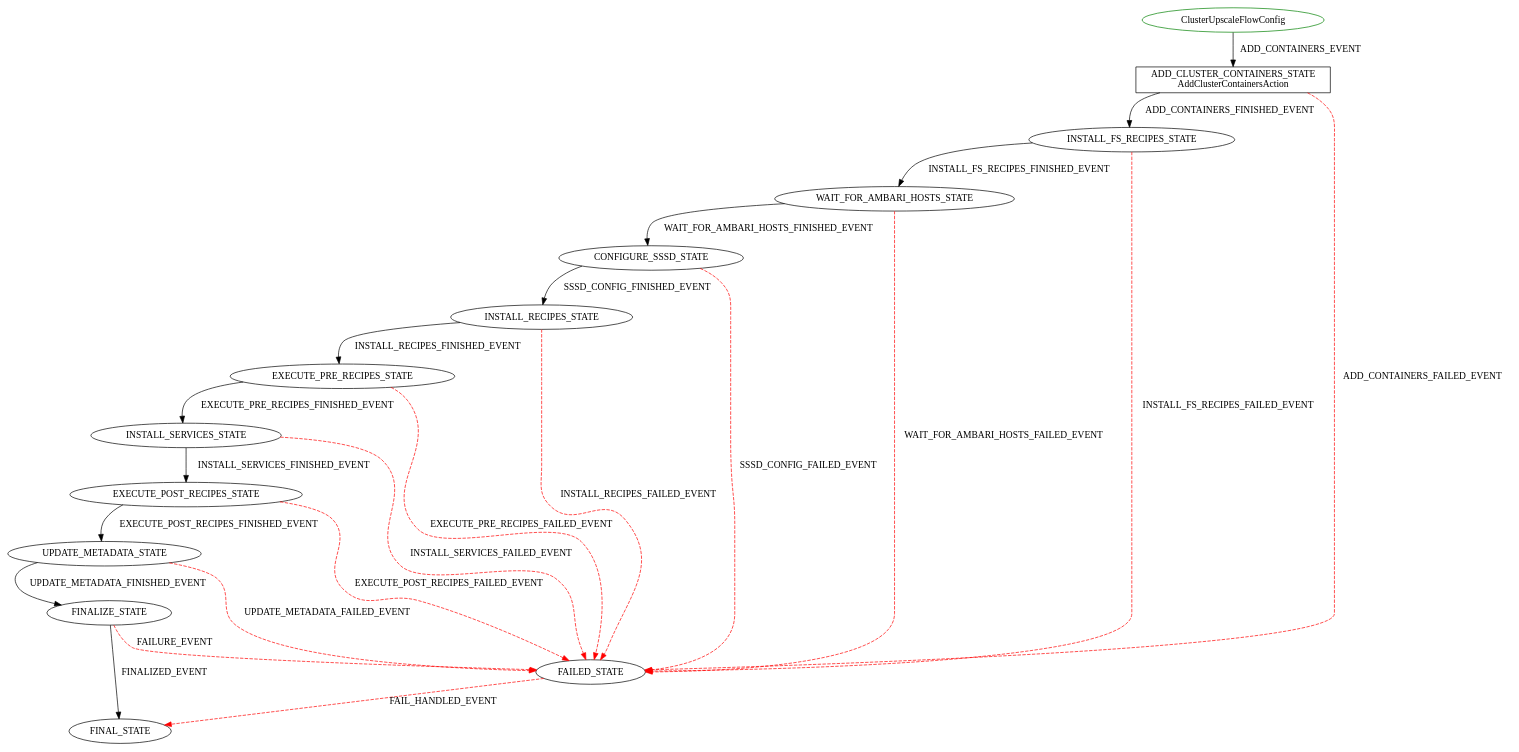
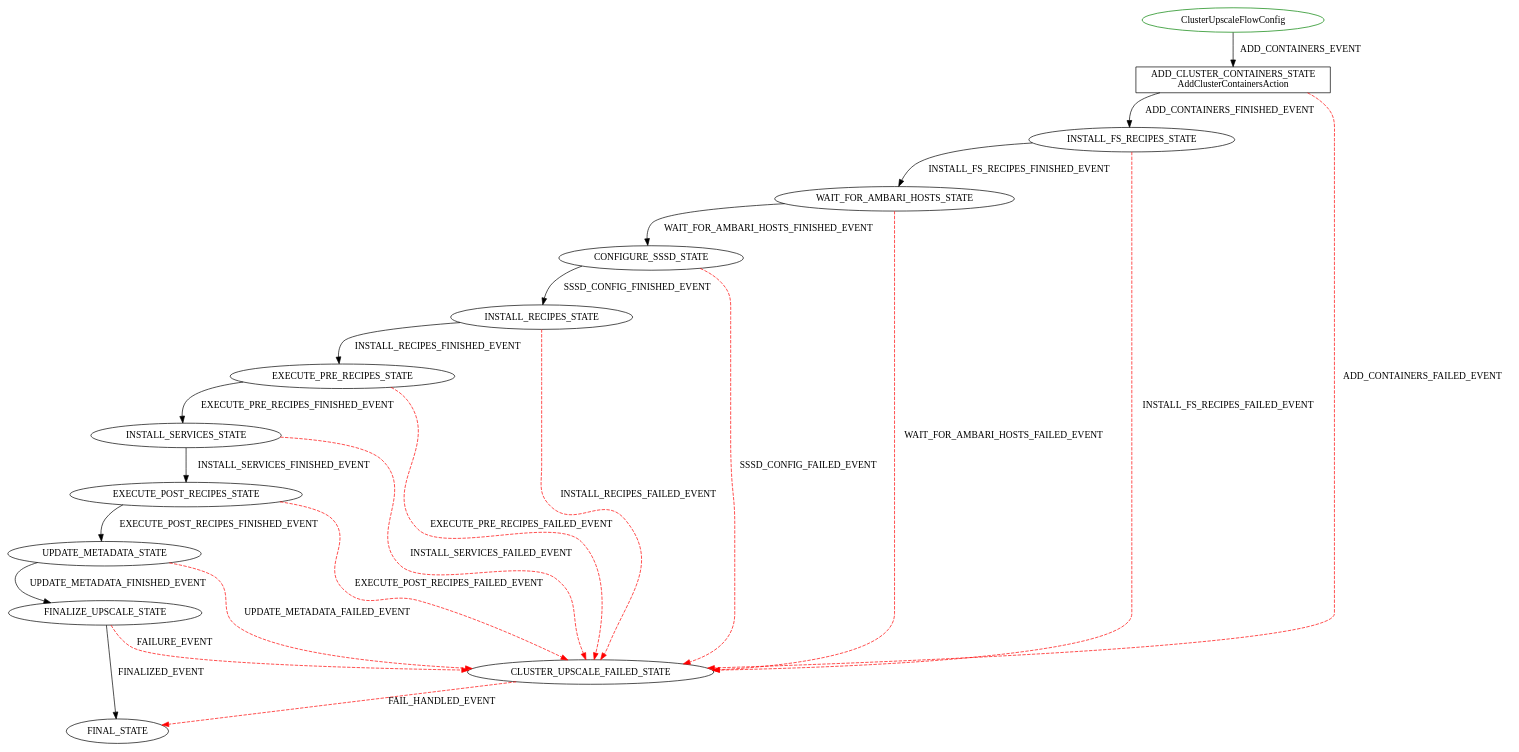
Before and after one commit to wprender/cloudbreak-docs: the diagram in docs/diagrams/ClusterUpscaleFlowConfig.dot, drawn with Graphviz. The commit also changed 5 other files, not shown here.

Commit message:
CLOUD-57111 Cluster start/stop flow with the new flow engine, documentation

```diff
--- a/docs/diagrams/ClusterUpscaleFlowConfig.dot
+++ b/docs/diagrams/ClusterUpscaleFlowConfig.dot
@@ -1,26 +1,26 @@
 digraph {
 INIT_STATE [label="ClusterUpscaleFlowConfig" shape=ellipse color=green];
 ADD_CLUSTER_CONTAINERS_STATE [label="ADD_CLUSTER_CONTAINERS_STATE\nAddClusterContainersAction" shape=rect color=black];
 INIT_STATE -> ADD_CLUSTER_CONTAINERS_STATE [label="ADD_CONTAINERS_EVENT" color=black style=solid];
 ADD_CLUSTER_CONTAINERS_STATE -> INSTALL_FS_RECIPES_STATE [label="ADD_CONTAINERS_FINISHED_EVENT" color=black style=solid];
-ADD_CLUSTER_CONTAINERS_STATE -> FAILED_STATE [label="ADD_CONTAINERS_FAILED_EVENT" color=red style=dashed];
-FAILED_STATE -> FINAL_STATE [label="FAIL_HANDLED_EVENT" color=red style=dashed];
+ADD_CLUSTER_CONTAINERS_STATE -> CLUSTER_UPSCALE_FAILED_STATE [label="ADD_CONTAINERS_FAILED_EVENT" color=red style=dashed];
+CLUSTER_UPSCALE_FAILED_STATE -> FINAL_STATE [label="FAIL_HANDLED_EVENT" color=red style=dashed];
 INSTALL_FS_RECIPES_STATE -> WAIT_FOR_AMBARI_HOSTS_STATE [label="INSTALL_FS_RECIPES_FINISHED_EVENT" color=black style=solid];
-INSTALL_FS_RECIPES_STATE -> FAILED_STATE [label="INSTALL_FS_RECIPES_FAILED_EVENT" color=red style=dashed];
+INSTALL_FS_RECIPES_STATE -> CLUSTER_UPSCALE_FAILED_STATE [label="INSTALL_FS_RECIPES_FAILED_EVENT" color=red style=dashed];
 WAIT_FOR_AMBARI_HOSTS_STATE -> CONFIGURE_SSSD_STATE [label="WAIT_FOR_AMBARI_HOSTS_FINISHED_EVENT" color=black style=solid];
-WAIT_FOR_AMBARI_HOSTS_STATE -> FAILED_STATE [label="WAIT_FOR_AMBARI_HOSTS_FAILED_EVENT" color=red style=dashed];
+WAIT_FOR_AMBARI_HOSTS_STATE -> CLUSTER_UPSCALE_FAILED_STATE [label="WAIT_FOR_AMBARI_HOSTS_FAILED_EVENT" color=red style=dashed];
 CONFIGURE_SSSD_STATE -> INSTALL_RECIPES_STATE [label="SSSD_CONFIG_FINISHED_EVENT" color=black style=solid];
-CONFIGURE_SSSD_STATE -> FAILED_STATE [label="SSSD_CONFIG_FAILED_EVENT" color=red style=dashed];
+CONFIGURE_SSSD_STATE -> CLUSTER_UPSCALE_FAILED_STATE [label="SSSD_CONFIG_FAILED_EVENT" color=red style=dashed];
 INSTALL_RECIPES_STATE -> EXECUTE_PRE_RECIPES_STATE [label="INSTALL_RECIPES_FINISHED_EVENT" color=black style=solid];
-INSTALL_RECIPES_STATE -> FAILED_STATE [label="INSTALL_RECIPES_FAILED_EVENT" color=red style=dashed];
+INSTALL_RECIPES_STATE -> CLUSTER_UPSCALE_FAILED_STATE [label="INSTALL_RECIPES_FAILED_EVENT" color=red style=dashed];
 EXECUTE_PRE_RECIPES_STATE -> INSTALL_SERVICES_STATE [label="EXECUTE_PRE_RECIPES_FINISHED_EVENT" color=black style=solid];
-EXECUTE_PRE_RECIPES_STATE -> FAILED_STATE [label="EXECUTE_PRE_RECIPES_FAILED_EVENT" color=red style=dashed];
+EXECUTE_PRE_RECIPES_STATE -> CLUSTER_UPSCALE_FAILED_STATE [label="EXECUTE_PRE_RECIPES_FAILED_EVENT" color=red style=dashed];
 INSTALL_SERVICES_STATE -> EXECUTE_POST_RECIPES_STATE [label="INSTALL_SERVICES_FINISHED_EVENT" color=black style=solid];
-INSTALL_SERVICES_STATE -> FAILED_STATE [label="INSTALL_SERVICES_FAILED_EVENT" color=red style=dashed];
+INSTALL_SERVICES_STATE -> CLUSTER_UPSCALE_FAILED_STATE [label="INSTALL_SERVICES_FAILED_EVENT" color=red style=dashed];
 EXECUTE_POST_RECIPES_STATE -> UPDATE_METADATA_STATE [label="EXECUTE_POST_RECIPES_FINISHED_EVENT" color=black style=solid];
-EXECUTE_POST_RECIPES_STATE -> FAILED_STATE [label="EXECUTE_POST_RECIPES_FAILED_EVENT" color=red style=dashed];
-UPDATE_METADATA_STATE -> FINALIZE_STATE [label="UPDATE_METADATA_FINISHED_EVENT" color=black style=solid];
-UPDATE_METADATA_STATE -> FAILED_STATE [label="UPDATE_METADATA_FAILED_EVENT" color=red style=dashed];
-FINALIZE_STATE -> FINAL_STATE [label="FINALIZED_EVENT" color=black style=solid];
-FINALIZE_STATE -> FAILED_STATE [label="FAILURE_EVENT" color=red style=dashed];
+EXECUTE_POST_RECIPES_STATE -> CLUSTER_UPSCALE_FAILED_STATE [label="EXECUTE_POST_RECIPES_FAILED_EVENT" color=red style=dashed];
+UPDATE_METADATA_STATE -> FINALIZE_UPSCALE_STATE [label="UPDATE_METADATA_FINISHED_EVENT" color=black style=solid];
+UPDATE_METADATA_STATE -> CLUSTER_UPSCALE_FAILED_STATE [label="UPDATE_METADATA_FAILED_EVENT" color=red style=dashed];
+FINALIZE_UPSCALE_STATE -> FINAL_STATE [label="FINALIZED_EVENT" color=black style=solid];
+FINALIZE_UPSCALE_STATE -> CLUSTER_UPSCALE_FAILED_STATE [label="FAILURE_EVENT" color=red style=dashed];
 }
```
